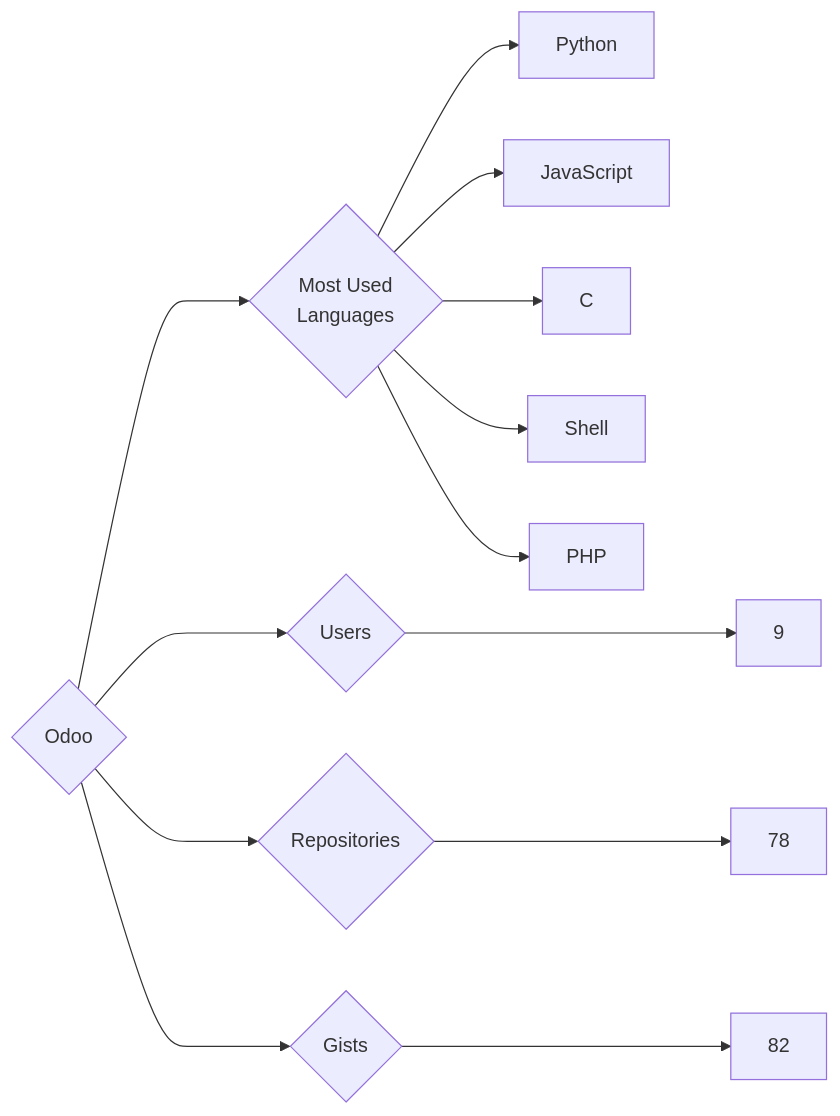
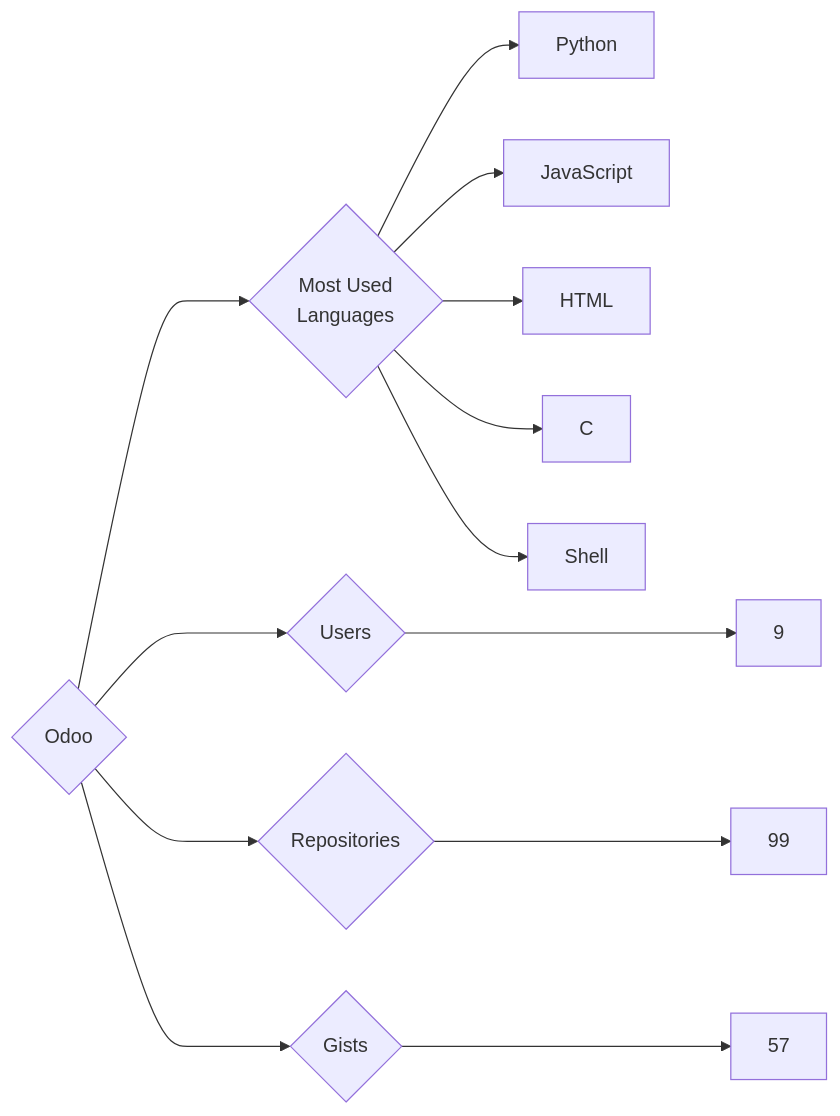
The diagram in targets/Odoo/README.md (trickest/insiders), drawn with Mermaid before and after one commit. The commit also changed 1389 other files, not shown here.

````diff
--- a/targets/Odoo/README.md
+++ b/targets/Odoo/README.md
@@ -3,13 +3,13 @@
 ```mermaid
 graph LR
 COMPANY_NAME{Odoo}
 COMPANY_NAME ---> U{Users} ---> UN[9]
-COMPANY_NAME ---> R{Repositories} ---> RN[78]
-COMPANY_NAME ---> G{Gists} ---> GN[82]
+COMPANY_NAME ---> R{Repositories} ---> RN[99]
+COMPANY_NAME ---> G{Gists} ---> GN[57]
 COMPANY_NAME ---> ML{Most Used<br>Languages}
 ML --> Python[Python]
 ML --> JavaScript[JavaScript]
+ML --> HTML[HTML]
 ML --> C[C]
 ML --> Shell[Shell]
-ML --> PHP[PHP]
 ```
````
